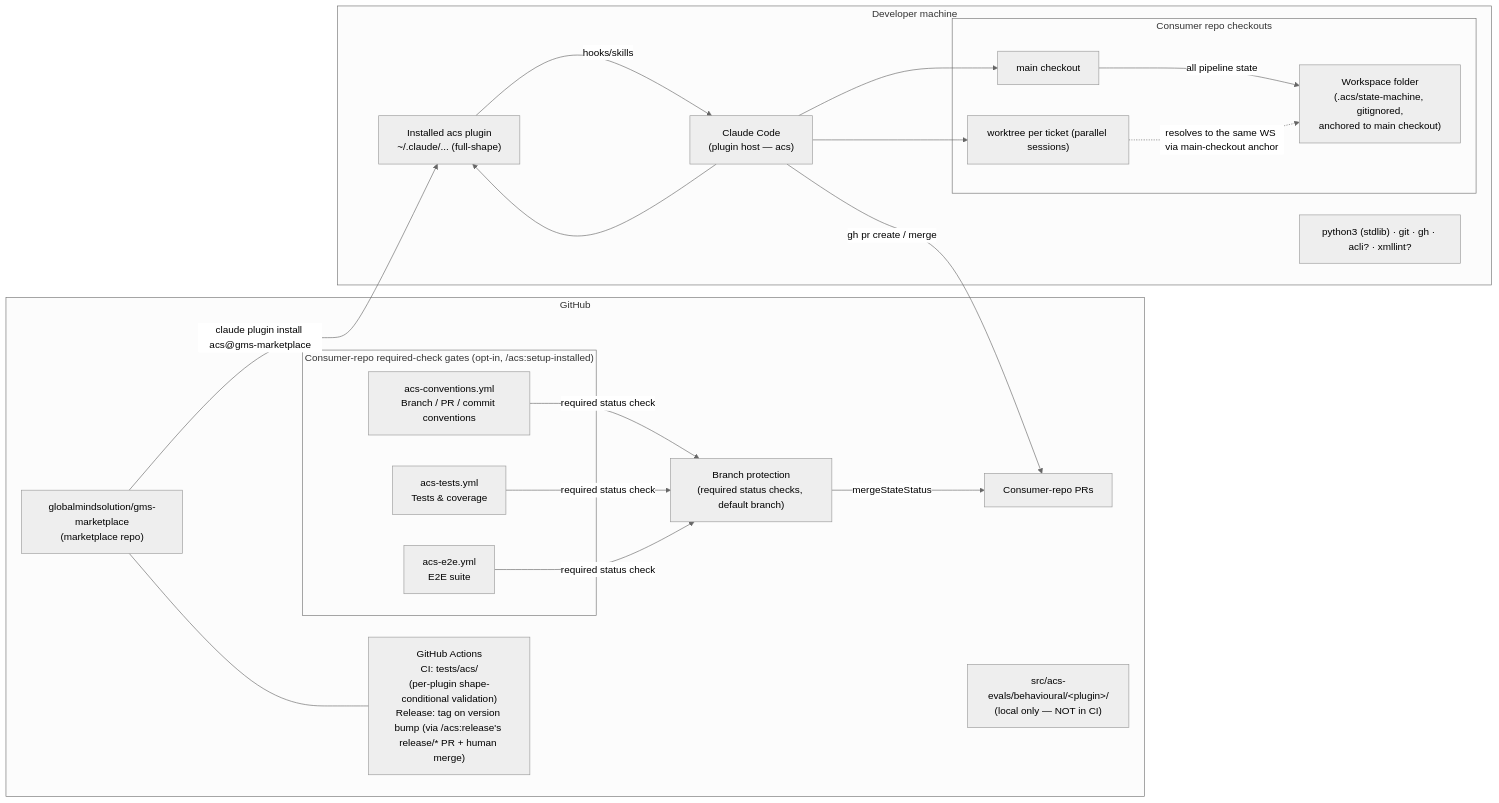
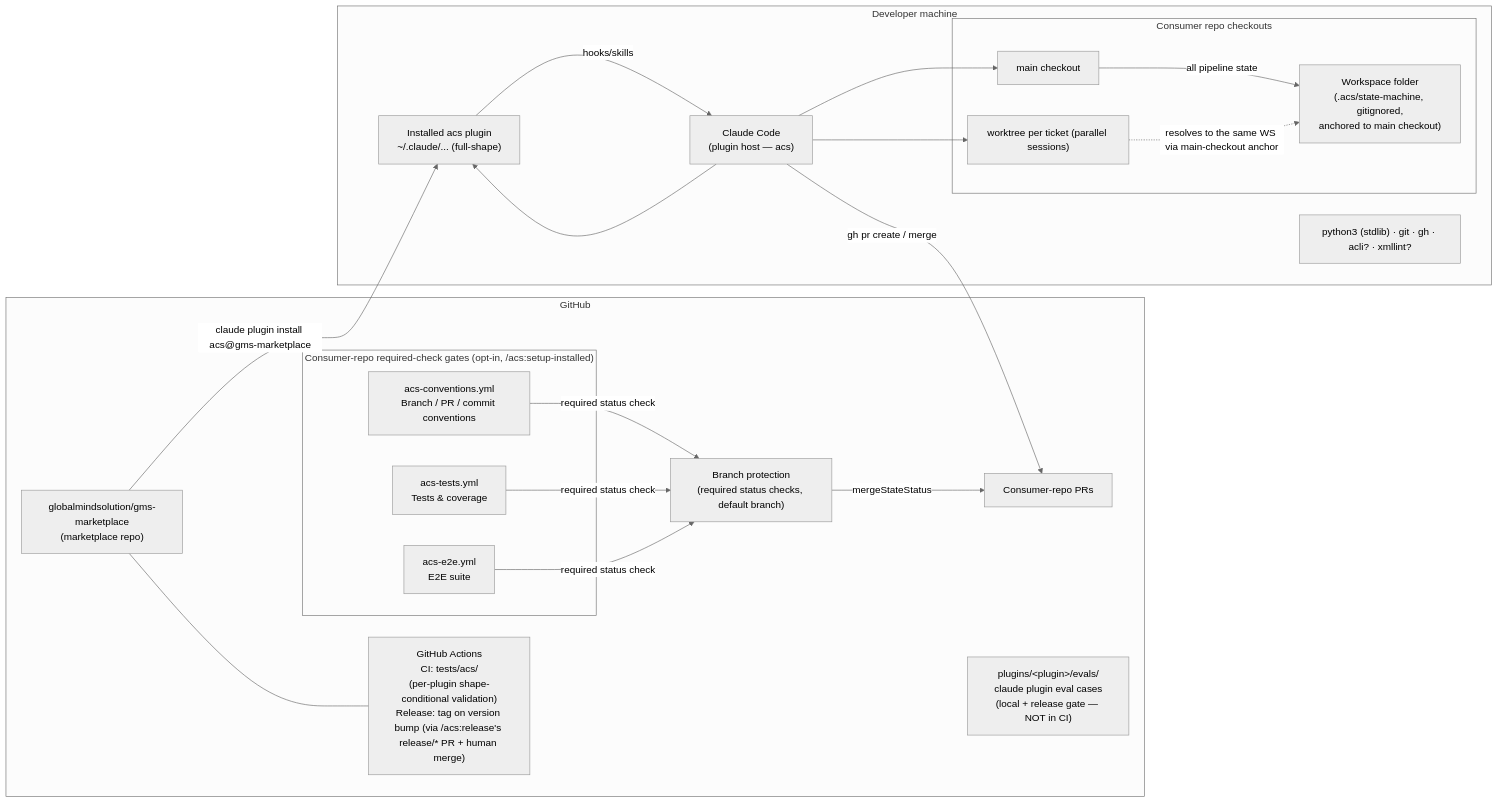
Before and after one commit to globalmindsolution/gms-marketplace: the diagram in docs/architecture/hld/deployment.md, drawn with Mermaid (neutral theme). The commit also changed other lines of this file and 1036 other files, not shown here.

Commit message:
Standard marketplace layout, documented evals, and a leaner acs (#564)

````diff
--- a/docs/architecture/hld/deployment.md
+++ b/docs/architecture/hld/deployment.md
@@ -3,37 +3,37 @@
 ```mermaid
 flowchart LR
     subgraph github["GitHub"]
         MR["globalmindsolution/gms-marketplace<br/>(marketplace repo)"]
         ACT["GitHub Actions<br/>CI: tests/acs/<br/>(per-plugin shape-conditional validation)<br/>Release: tag on version bump (via /acs:release's release/* PR + human merge)"]
         PRS["Consumer-repo PRs"]
-        EVALS["src/acs-evals/behavioural/&lt;plugin&gt;/<br/>(local only — NOT in CI)"]
+        EVALS["plugins/&lt;plugin&gt;/evals/<br/>claude plugin eval cases<br/>(local + release gate — NOT in CI)"]
         subgraph gates["Consumer-repo required-check gates (opt-in, /acs:setup-installed)"]
             G_CONV["acs-conventions.yml<br/>Branch / PR / commit conventions"]
             G_TEST["acs-tests.yml<br/>Tests & coverage"]
             G_E2E["acs-e2e.yml<br/>E2E suite"]
         end
         BP["Branch protection<br/>(required status checks, default branch)"]
     end
 
     subgraph machine["Developer machine"]
         CC["Claude Code<br/>(plugin host — acs)"]
         PI_ACS["Installed acs plugin<br/>~/.claude/... (full-shape)"]
         subgraph checkouts["Consumer repo checkouts"]
             CO1["main checkout"]
             CO2["worktree per ticket (parallel sessions)"]
             WS["Workspace folder<br/>(.acs/state-machine, gitignored,<br/>anchored to main checkout)"]
         end
         PY["python3 (stdlib) · git · gh · acli? · xmllint?"]
     end
 
     MR -- "claude plugin install acs@gms-marketplace" --> PI_ACS
     MR --- ACT
     CC --> PI_ACS
     PI_ACS -- hooks/skills --> CC
     CC --> CO1 & CO2
     CO1 -- "all pipeline state" --> WS
     CO2 -. "resolves to the same WS via main-checkout anchor" .-> WS
     CC -- "gh pr create / merge" --> PRS
     G_CONV & G_TEST & G_E2E -- "required status check" --> BP
     BP -- "mergeStateStatus" --> PRS
 ```
````
